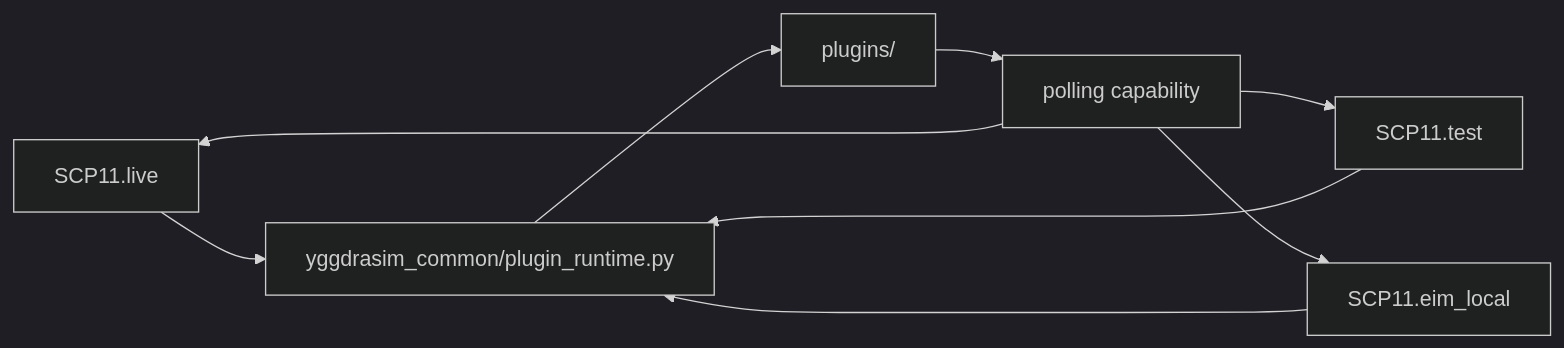
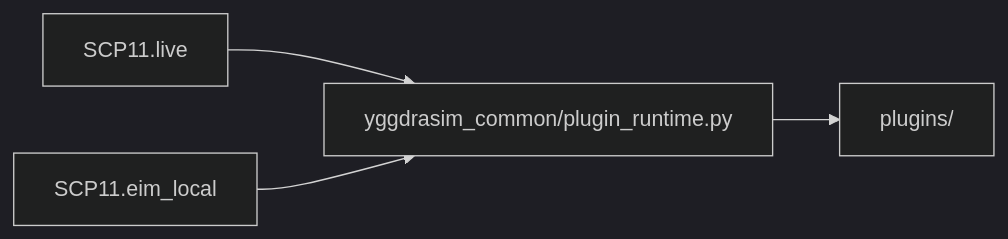
Before and after one commit to 1oT/YggdraSIM: the eighth of 12 diagrams in site-docs/sources/guides/ARCHITECTURE.md, drawn with Mermaid (dark theme). The commit also changed other lines of this file and 1187 other files, not shown here.

````diff
--- a/site-docs/sources/guides/ARCHITECTURE.md
+++ b/site-docs/sources/guides/ARCHITECTURE.md
@@ -390,11 +409,6 @@
 ```mermaid
 flowchart LR
     Live["SCP11.live"] --> PluginRuntime["yggdrasim_common/plugin_runtime.py"]
-    Test["SCP11.test"] --> PluginRuntime
     EimLocal["SCP11.eim_local"] --> PluginRuntime
     PluginRuntime --> Plugins["plugins/"]
-    Plugins --> Polling["polling capability"]
-    Polling --> Live
-    Polling --> Test
-    Polling --> EimLocal
 ```
````
